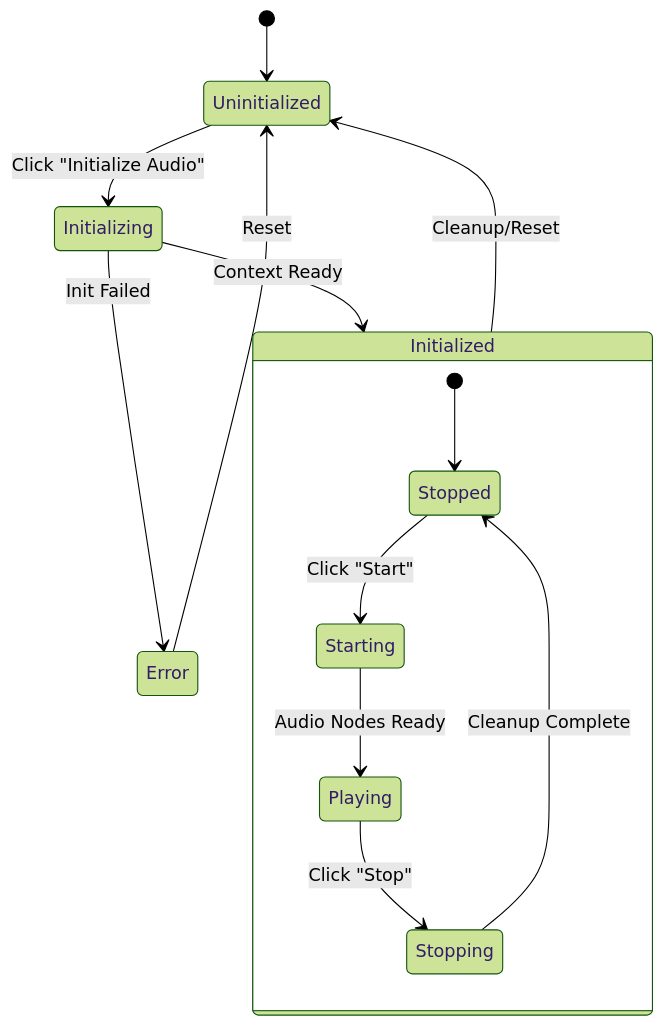
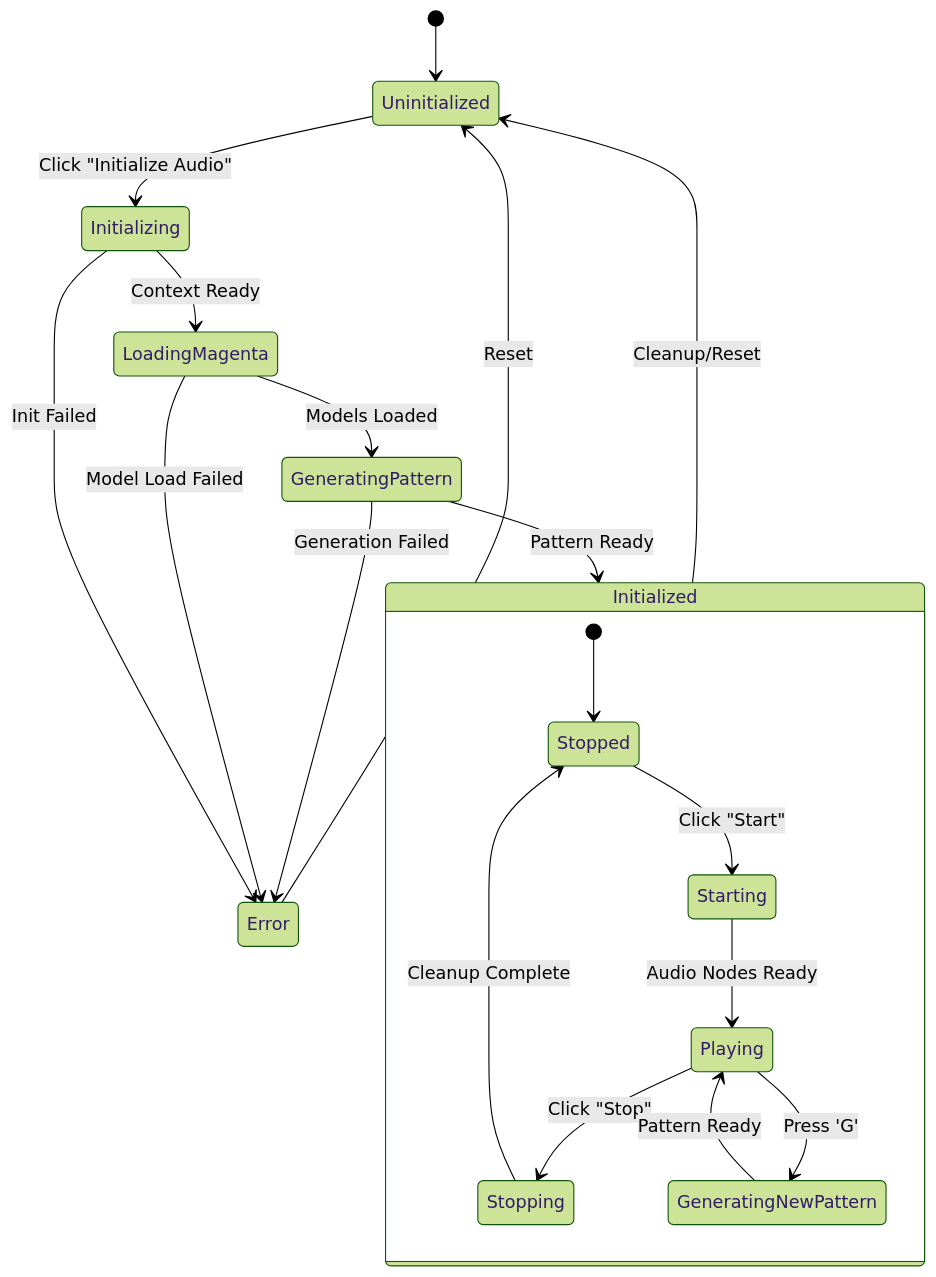
One commit to mgantlett/audio-viz changed the third of 4 diagrams in diagrams/audio-flow.md. Above: the diagram before and after it, drawn with Mermaid (forest theme). The commit also changed other lines of this file and 9 other files, not shown here.

First line of the commit message:
feat(audio): enhance audio system with Magenta pattern generation

````diff
--- a/diagrams/audio-flow.md
+++ b/diagrams/audio-flow.md
@@ -77,18 +86,24 @@
 ```mermaid
 stateDiagram-v2
     [*] --> Uninitialized
     Uninitialized --> Initializing: Click "Initialize Audio"
-    Initializing --> Initialized: Context Ready
+    Initializing --> LoadingMagenta: Context Ready
+    LoadingMagenta --> GeneratingPattern: Models Loaded
+    GeneratingPattern --> Initialized: Pattern Ready
     Initializing --> Error: Init Failed
+    LoadingMagenta --> Error: Model Load Failed
+    GeneratingPattern --> Error: Generation Failed
     Error --> Uninitialized: Reset
     
     state Initialized {
         [*] --> Stopped
         Stopped --> Starting: Click "Start"
         Starting --> Playing: Audio Nodes Ready
         Playing --> Stopping: Click "Stop"
         Stopping --> Stopped: Cleanup Complete
+        Playing --> GeneratingNewPattern: Press 'G'
+        GeneratingNewPattern --> Playing: Pattern Ready
     }
 
     Initialized --> Uninitialized: Cleanup/Reset
 ```
````
